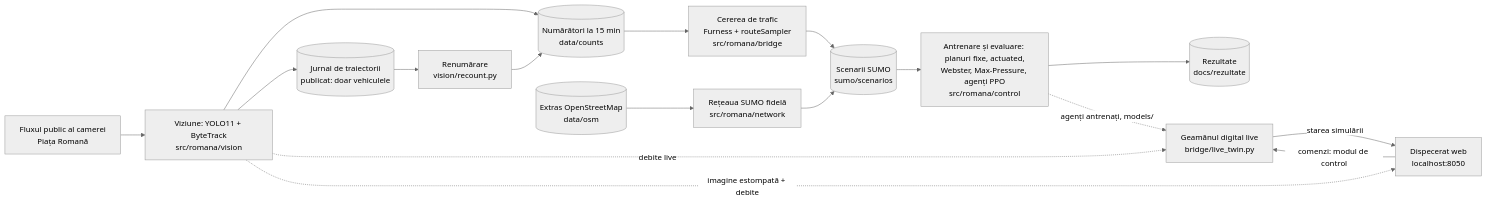
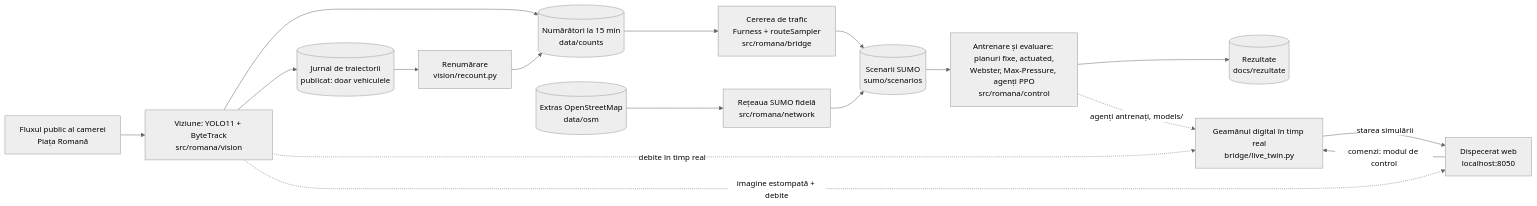
One commit to NiuninMatei/Semaforizare_Piata_Romana changed the diagram in README.md. Above: the diagram before and after it, drawn with Mermaid (neutral theme). The commit also changed other lines of this file and 11 other files, not shown here.

````diff
--- a/README.md
+++ b/README.md
@@ -58,16 +58,16 @@
 ```mermaid
 flowchart LR
   CAM["Fluxul public al camerei<br/>Piața Romană"] --> VIZ["Viziune: YOLO11 + ByteTrack<br/>src/romana/vision"]
   VIZ --> CNT[("Numărători la 15 min<br/>data/counts")]
   VIZ --> TRJ[("Jurnal de traiectorii<br/>publicat: doar vehiculele")]
   TRJ --> REC["Renumărare<br/>vision/recount.py"] --> CNT
   CNT --> CER["Cererea de trafic<br/>Furness + routeSampler<br/>src/romana/bridge"] --> SC[("Scenarii SUMO<br/>sumo/scenarios")]
   OSM[("Extras OpenStreetMap<br/>data/osm")] --> NET["Rețeaua SUMO fidelă<br/>src/romana/network"] --> SC
   SC --> CTRL["Antrenare și evaluare: planuri fixe, actuated,<br/>Webster, Max-Pressure, agenți PPO<br/>src/romana/control"]
   CTRL --> REZ[("Rezultate<br/>docs/rezultate")]
-  CTRL -.->|"agenți antrenați, models/"| TWIN["Geamănul digital live<br/>bridge/live_twin.py"]
-  VIZ -.->|"debite live"| TWIN
+  CTRL -.->|"agenți antrenați, models/"| TWIN["Geamănul digital în timp real<br/>bridge/live_twin.py"]
+  VIZ -.->|"debite în timp real"| TWIN
   VIZ -.->|"imagine estompată + debite"| UI["Dispecerat web<br/>localhost:8050"]
   TWIN -->|"starea simulării"| UI
   UI -->|"comenzi: modul de control"| TWIN
 ```
````
